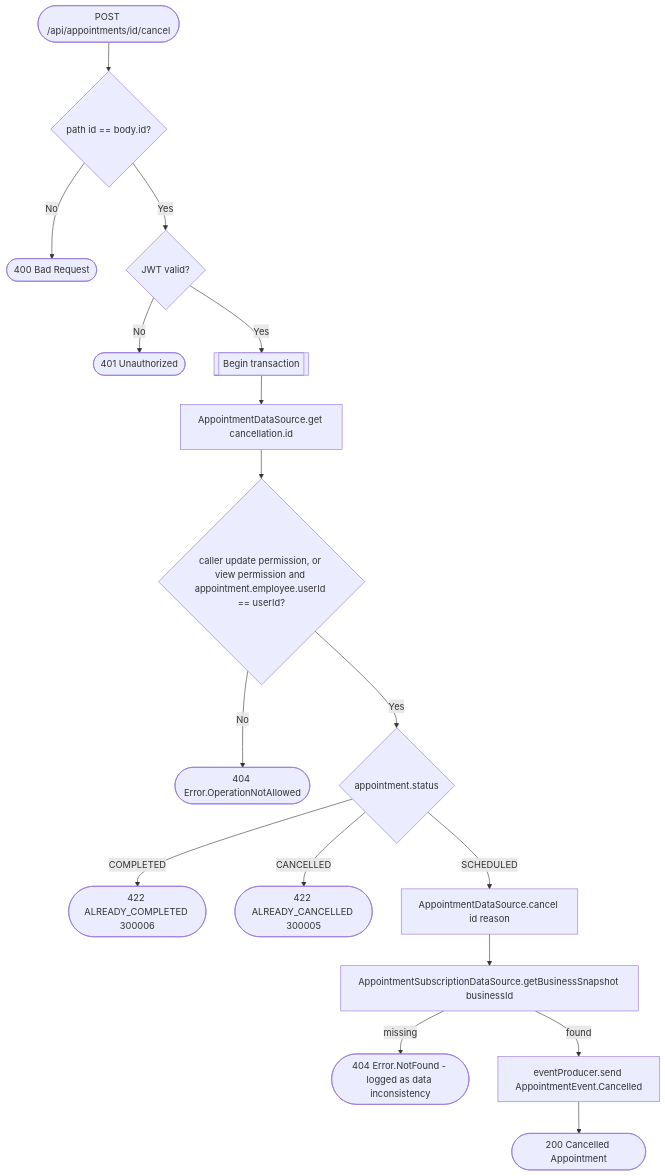
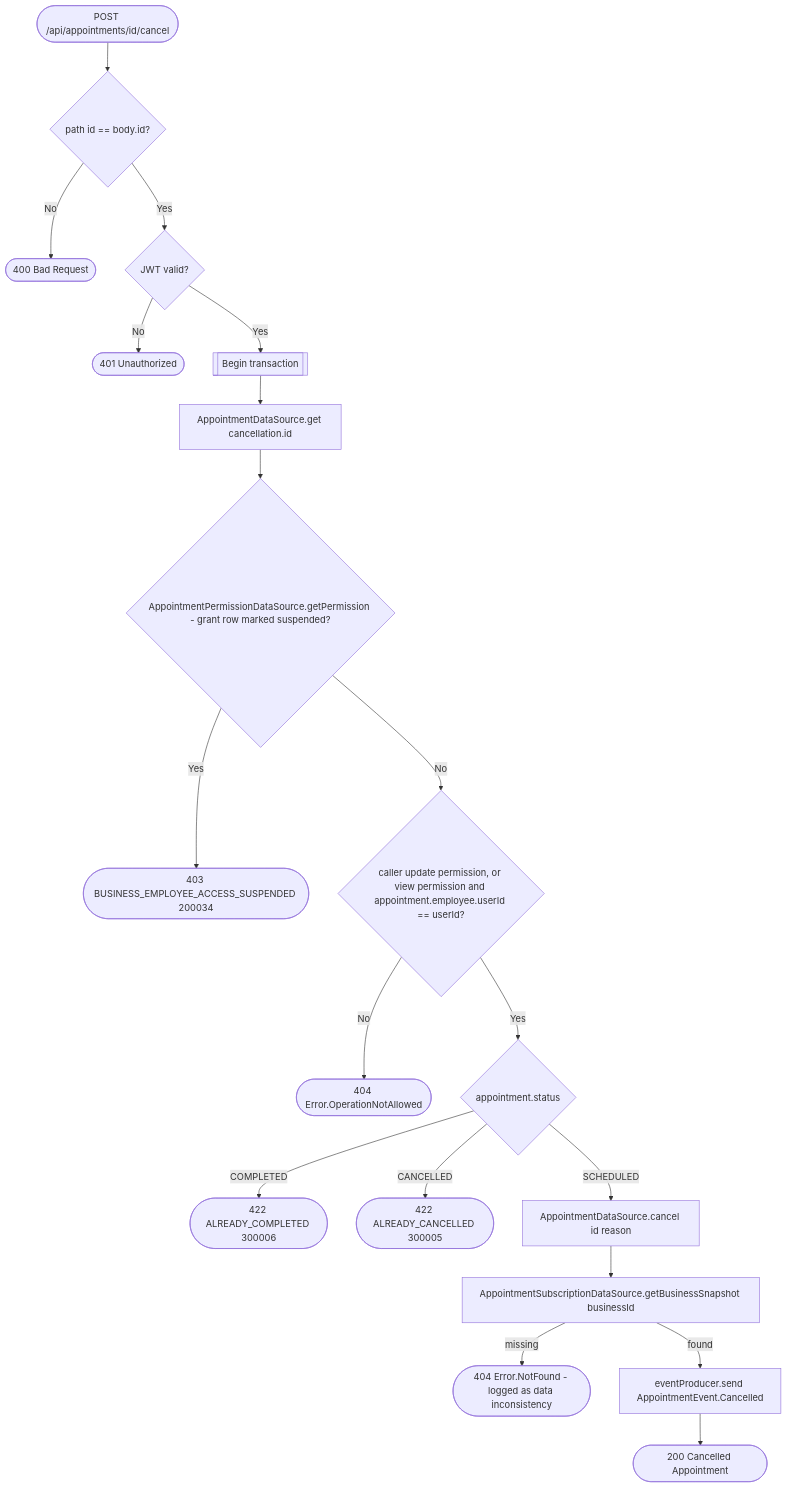
One commit to an22/bookk.me-backend changed the diagram in docs/operations/appointments/cancel-appointment.md. Above: the diagram before and after it, drawn with Mermaid. The commit also changed 65 other files, not shown here.

````diff
--- a/docs/operations/appointments/cancel-appointment.md
+++ b/docs/operations/appointments/cancel-appointment.md
@@ -12,19 +12,21 @@
 ```mermaid
 flowchart TD
     Start([POST /api/appointments/id/cancel]) --> PathCheck{path id == body.id?}
     PathCheck -- No --> R400([400 Bad Request])
     PathCheck -- Yes --> Auth{JWT valid?}
     Auth -- No --> R401([401 Unauthorized])
     Auth -- Yes --> Tx[[Begin transaction]]
     Tx --> Get[AppointmentDataSource.get cancellation.id]
-    Get --> Perm{caller update permission, or view permission and appointment.employee.userId == userId?}
+    Get --> Suspended{AppointmentPermissionDataSource.getPermission - grant row marked suspended?}
+    Suspended -- Yes --> R403s([403 BUSINESS_EMPLOYEE_ACCESS_SUSPENDED 200034])
+    Suspended -- No --> Perm{caller update permission, or view permission and appointment.employee.userId == userId?}
     Perm -- No --> R404a([404 Error.OperationNotAllowed])
     Perm -- Yes --> Status{appointment.status}
     Status -- COMPLETED --> R422a([422 ALREADY_COMPLETED 300006])
     Status -- CANCELLED --> R422b([422 ALREADY_CANCELLED 300005])
     Status -- SCHEDULED --> Cancel[AppointmentDataSource.cancel id reason]
     Cancel --> Snapshot[AppointmentSubscriptionDataSource.getBusinessSnapshot businessId]
     Snapshot -- missing --> R404b([404 Error.NotFound - logged as data inconsistency])
     Snapshot -- found --> Event[eventProducer.send AppointmentEvent.Cancelled]
     Event --> R200([200 Cancelled Appointment])
 ```
````
